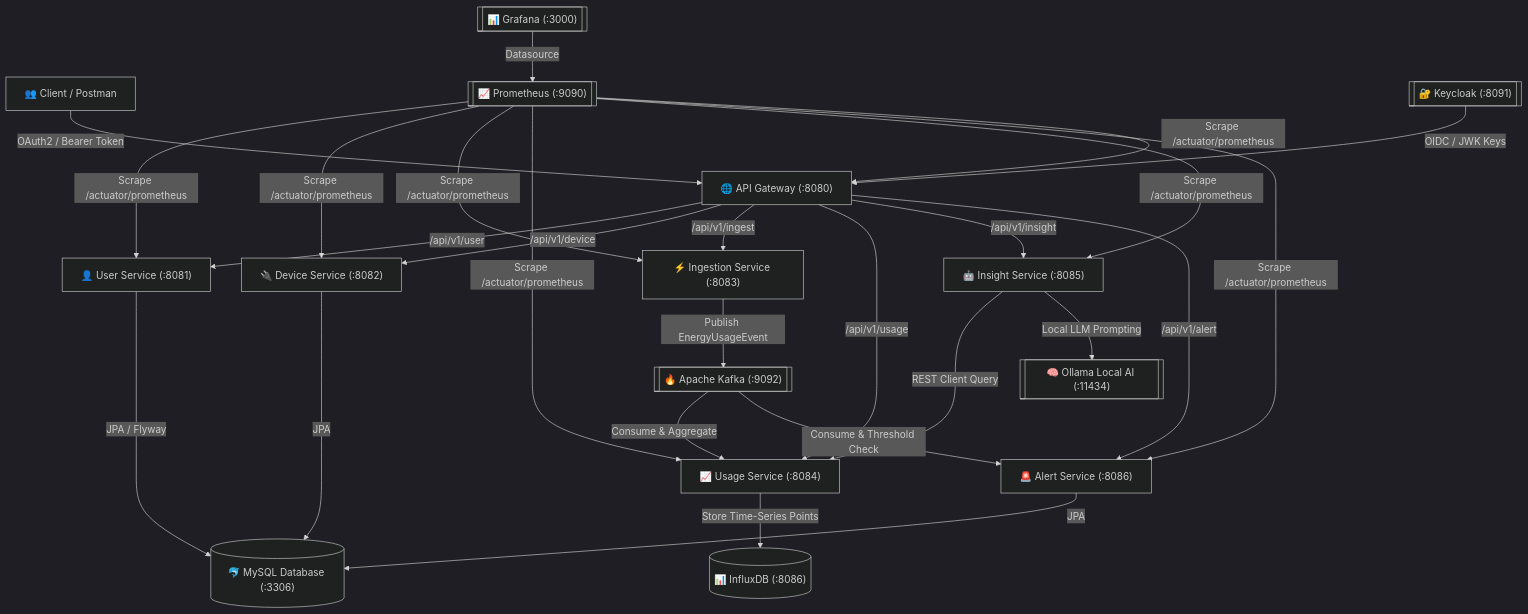
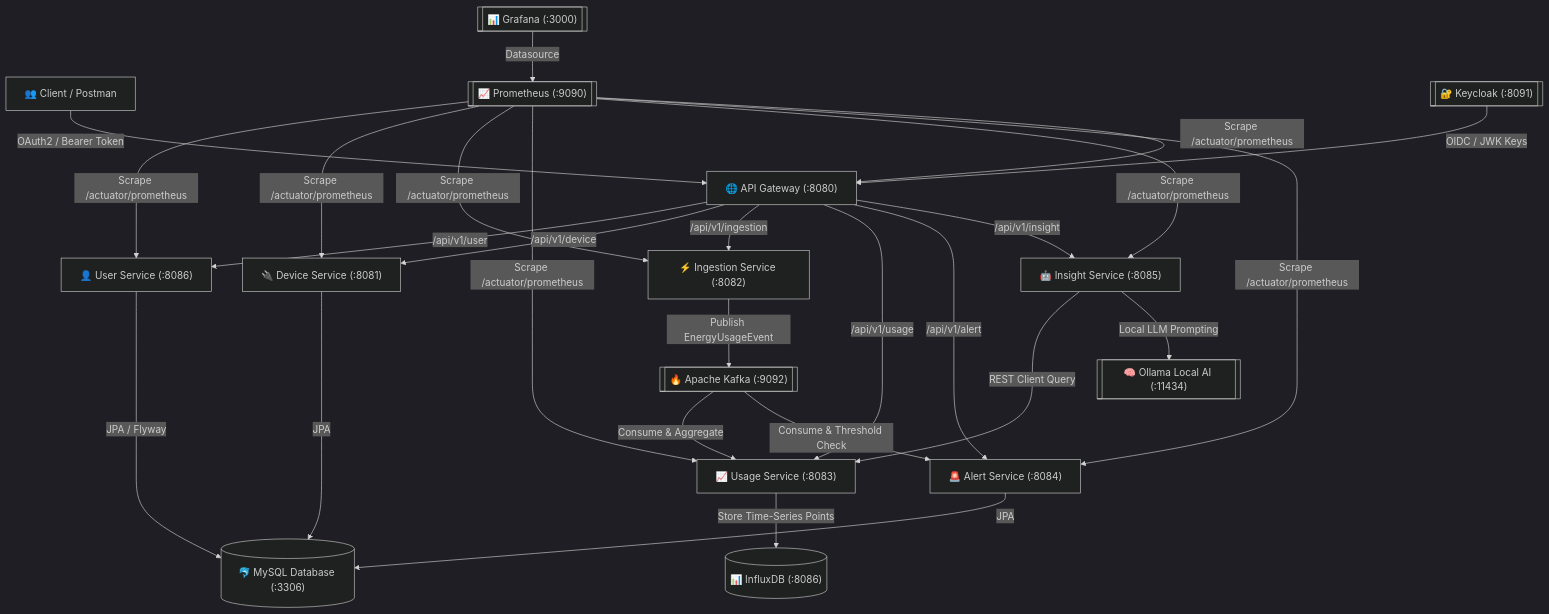
The diagram in README.md (itsmehotpants/WattWise), drawn with Mermaid (dark theme) before and after one commit. The commit also changed other lines of this file, not shown here.

Commit message:
docs: align exact service port definitions and execution guide in README.md

````diff
--- a/README.md
+++ b/README.md
@@ -15,26 +15,26 @@
 ```mermaid
 graph TD
     User["👥 Client / Postman"] -->|OAuth2 / Bearer Token| GW["🌐 API Gateway (:8080)"]
-    GW -->|/api/v1/user| US["👤 User Service (:8081)"]
-    GW -->|/api/v1/device| DS["🔌 Device Service (:8082)"]
-    GW -->|/api/v1/ingest| IS["⚡ Ingestion Service (:8083)"]
-    GW -->|/api/v1/usage| UGS["📈 Usage Service (:8084)"]
+    GW -->|/api/v1/user| US["👤 User Service (:8086)"]
+    GW -->|/api/v1/device| DS["🔌 Device Service (:8081)"]
+    GW -->|/api/v1/ingestion| IS["⚡ Ingestion Service (:8082)"]
+    GW -->|/api/v1/usage| UGS["📈 Usage Service (:8083)"]
+    GW -->|/api/v1/alert| AS["🚨 Alert Service (:8084)"]
     GW -->|/api/v1/insight| INS["🤖 Insight Service (:8085)"]
-    GW -->|/api/v1/alert| AS["🚨 Alert Service (:8086)"]
 
     IS -->|Publish EnergyUsageEvent| KAFKA[["🔥 Apache Kafka (:9092)"]]
     KAFKA -->|Consume & Aggregate| UGS
     KAFKA -->|Consume & Threshold Check| AS
 
     UGS -->|Store Time-Series Points| INFLUX[("📊 InfluxDB (:8086)")]
     US -->|JPA / Flyway| MYSQL[("🐬 MySQL Database (:3306)")]
     DS -->|JPA| MYSQL
     AS -->|JPA| MYSQL
 
     INS -->|REST Client Query| UGS
     INS -->|Local LLM Prompting| OLLAMA[["🧠 Ollama Local AI (:11434)"]]
 
     PROM[["📈 Prometheus (:9090)"]] -->|Scrape /actuator/prometheus| US & DS & IS & UGS & INS & AS & GW
     GRAF[["📊 Grafana (:3000)"]] -->|Datasource| PROM
     KEYCLOAK[["🔐 Keycloak (:8091)"]] -->|OIDC / JWK Keys| GW
 ```
````
